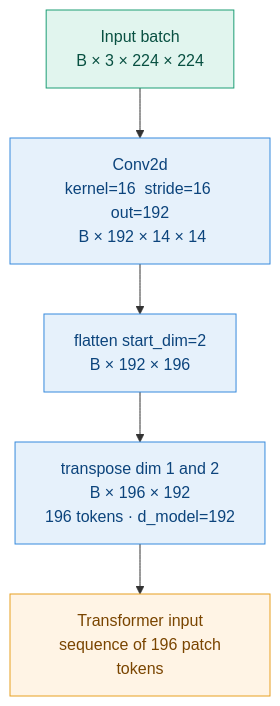
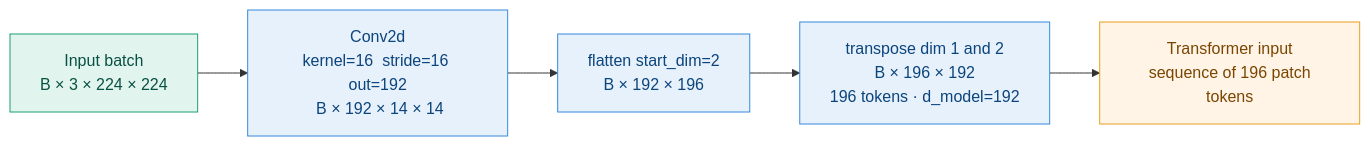
One commit to Volvert/INFO8010-DeepLearing changed the second of 2 diagrams in MODEL.md. Above: the diagram before and after it, drawn with Mermaid. The commit also changed other lines of this file, not shown here.

````diff
--- a/MODEL.md
+++ b/MODEL.md
@@ -84,14 +84,14 @@
 ```mermaid
-flowchart TD
+flowchart LR
     A["Input batch\n B × 3 × 224 × 224"] --> B
     B["Conv2d\n kernel=16  stride=16  out=192\n B × 192 × 14 × 14"] --> C
     C["flatten start_dim=2\n B × 192 × 196"] --> D
     D["transpose dim 1 and 2\n B × 196 × 192\n 196 tokens  ·  d_model=192"] --> E
     E["Transformer input\n sequence of 196 patch tokens"]
 
     style A fill:#E1F5EE,stroke:#1D9E75,color:#085041
     style B fill:#E6F1FB,stroke:#378ADD,color:#0C447C
     style C fill:#E6F1FB,stroke:#378ADD,color:#0C447C
     style D fill:#E6F1FB,stroke:#378ADD,color:#0C447C
     style E fill:#FFF4E5,stroke:#E8A020,color:#7A4500
 ```
````
